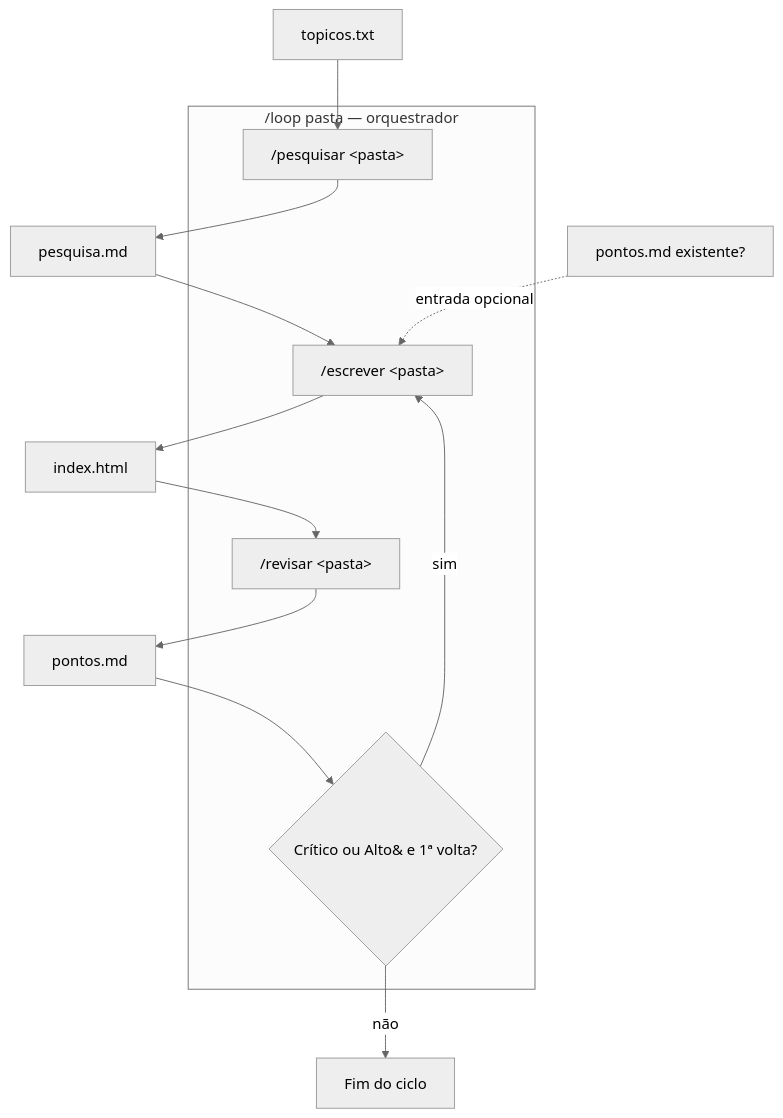
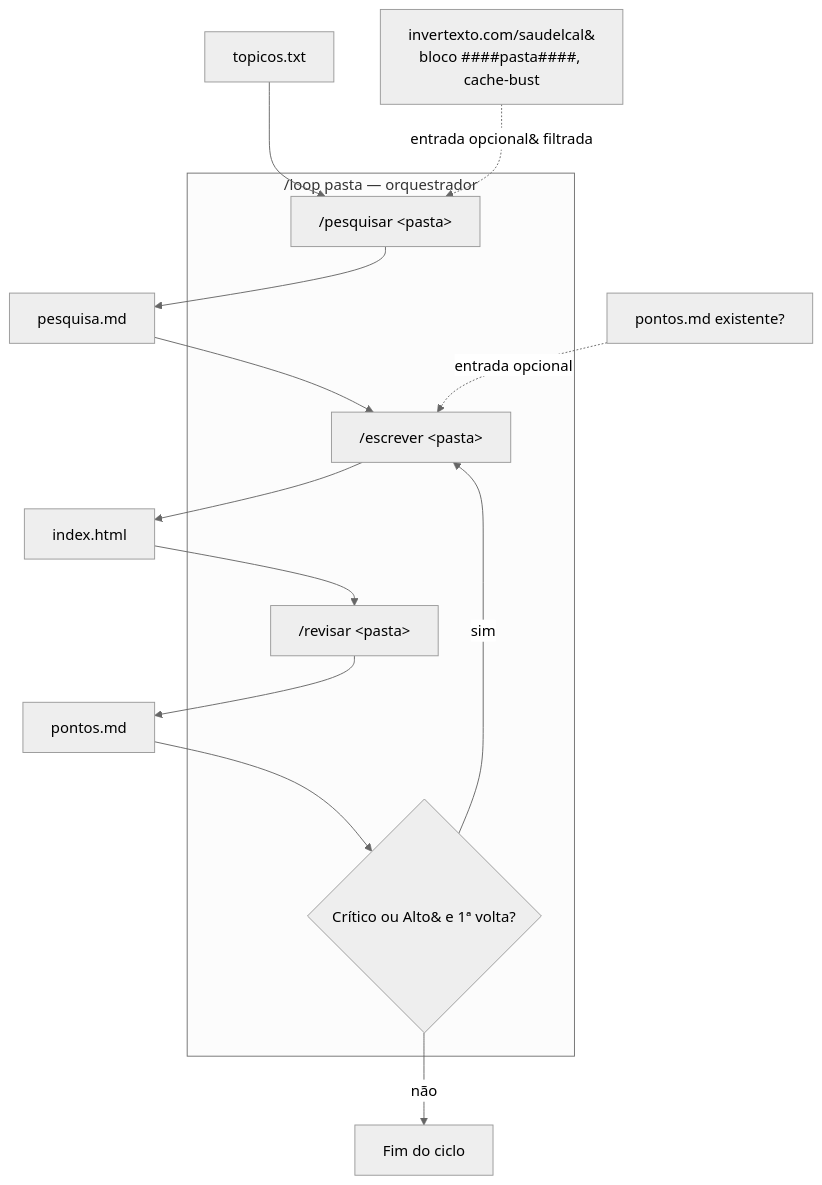
One commit to lucasisabelf/lucasisabelf.github.io changed the diagram in saude/CLAUDE.md. Above: the diagram before and after it, drawn with Mermaid (neutral theme). The commit also changed other lines of this file and 4 other files, not shown here.

````diff
--- a/saude/CLAUDE.md
+++ b/saude/CLAUDE.md
@@ -34,20 +36,21 @@
 ```mermaid
 flowchart TD
     A[topicos.txt] --> B["/pesquisar &lt;pasta&gt;"]
+    N[invertexto.com/saudelcal&#10;bloco ####pasta####, cache-bust] -.entrada opcional&#10;filtrada.-> B
     B --> C[pesquisa.md]
     C --> D["/escrever &lt;pasta&gt;"]
     P[pontos.md existente?] -.entrada opcional.-> D
     D --> E[index.html]
     E --> F["/revisar &lt;pasta&gt;"]
     F --> G[pontos.md]
     G --> H{Crítico ou Alto&#10;e 1ª volta?}
     H -- sim --> D
     H -- não --> I[Fim do ciclo]
 
     subgraph L ["/loop pasta — orquestrador"]
         B
         D
         F
         H
     end
 ```
````
